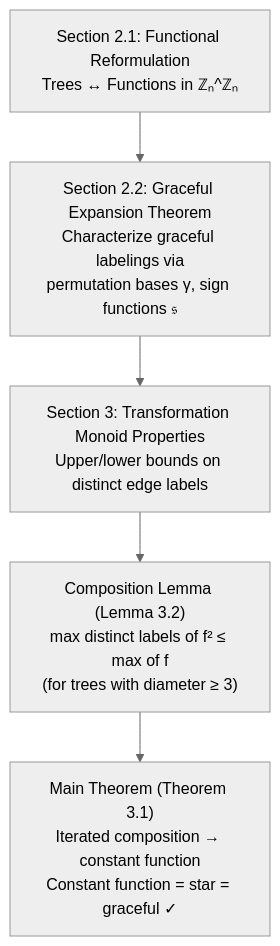
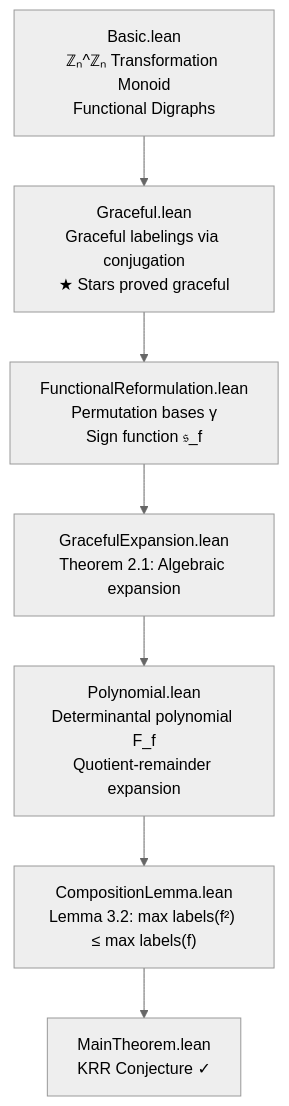
Before and after one commit to Doublew08/KRR: the diagram in README.md, drawn with Mermaid (neutral theme). The commit also changed other lines of this file, not shown here.

````diff
--- a/README.md
+++ b/README.md
@@ -30,7 +33,9 @@
 ```mermaid
 graph TD
-    A["Section 2.1: Functional Reformulation<br/>Trees ↔ Functions in ℤₙ^ℤₙ"] --> B["Section 2.2: Graceful Expansion Theorem<br/>Characterize graceful labelings via<br/>permutation bases γ, sign functions 𝔰"]
-    B --> C["Section 3: Transformation Monoid Properties<br/>Upper/lower bounds on distinct edge labels"]
-    C --> D["Composition Lemma (Lemma 3.2)<br/>max distinct labels of f² ≤ max of f<br/>(for trees with diameter ≥ 3)"]
-    D --> E["Main Theorem (Theorem 3.1)<br/>Iterated composition → constant function<br/>Constant function = star = graceful ✓"]
+    A["Basic.lean<br/>ℤₙ^ℤₙ Transformation Monoid<br/>Functional Digraphs"] --> B["Graceful.lean<br/>Graceful labelings via conjugation<br/>★ Stars proved graceful"]
+    B --> C["FunctionalReformulation.lean<br/>Permutation bases γ<br/>Sign function 𝔰_f"]
+    C --> D["GracefulExpansion.lean<br/>Theorem 2.1: Algebraic expansion"]
+    D --> E["Polynomial.lean<br/>Determinantal polynomial F_f<br/>Quotient-remainder expansion"]
+    E --> F["CompositionLemma.lean<br/>Lemma 3.2: max labels(f²) ≤ max labels(f)"]
+    F --> G["MainTheorem.lean<br/>KRR Conjecture ✓"]
 ```
````
